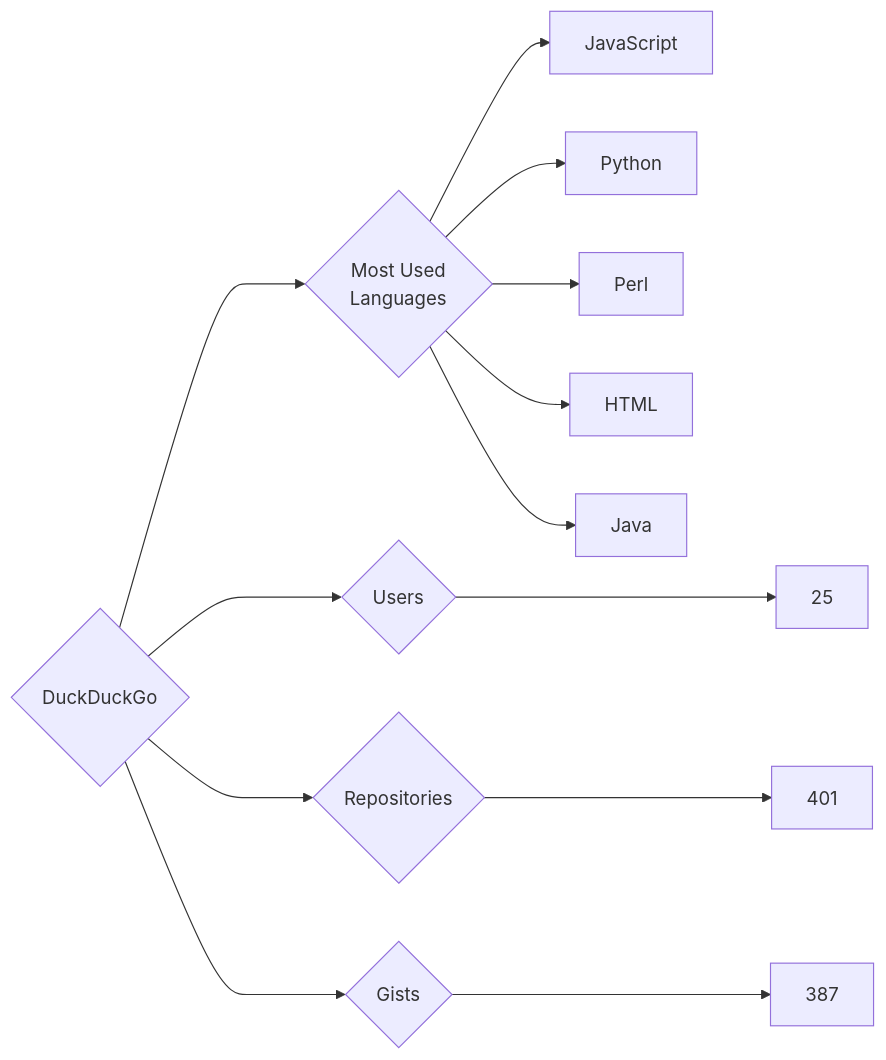
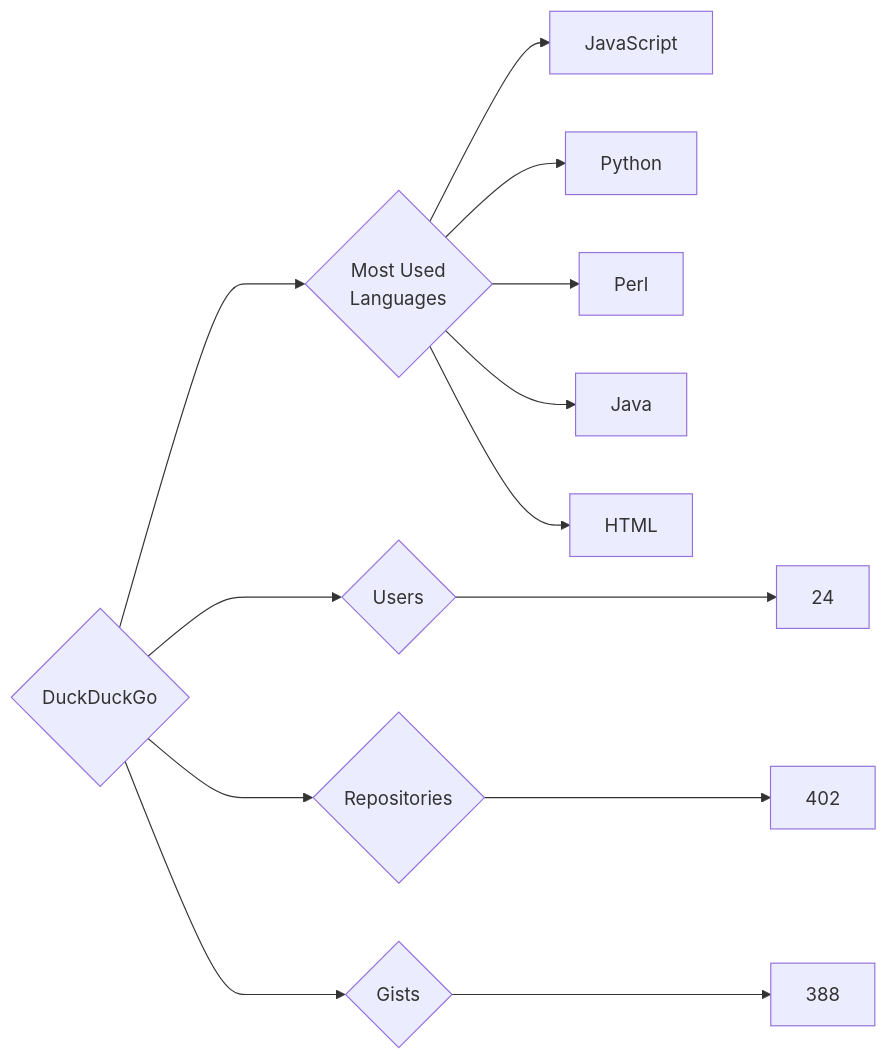
One commit to trickest/insiders changed the diagram in targets/DuckDuckGo/README.md. Above: the diagram before and after it, drawn with Mermaid. The commit also changed 748 other files, not shown here.

````diff
--- a/targets/DuckDuckGo/README.md
+++ b/targets/DuckDuckGo/README.md
@@ -3,13 +3,13 @@
 ```mermaid
 graph LR
 COMPANY_NAME{DuckDuckGo}
-COMPANY_NAME ---> U{Users} ---> UN[25]
-COMPANY_NAME ---> R{Repositories} ---> RN[401]
-COMPANY_NAME ---> G{Gists} ---> GN[387]
+COMPANY_NAME ---> U{Users} ---> UN[24]
+COMPANY_NAME ---> R{Repositories} ---> RN[402]
+COMPANY_NAME ---> G{Gists} ---> GN[388]
 COMPANY_NAME ---> ML{Most Used<br>Languages}
 ML --> JavaScript[JavaScript]
 ML --> Python[Python]
 ML --> Perl[Perl]
+ML --> Java[Java]
 ML --> HTML[HTML]
-ML --> Java[Java]
 ```
````
